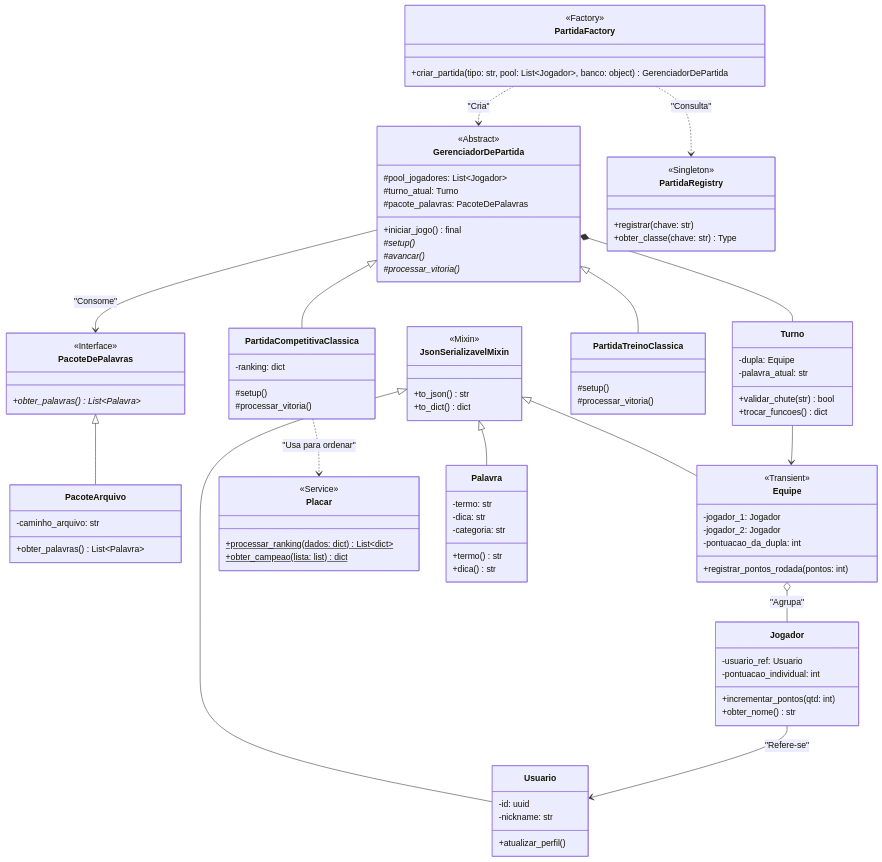
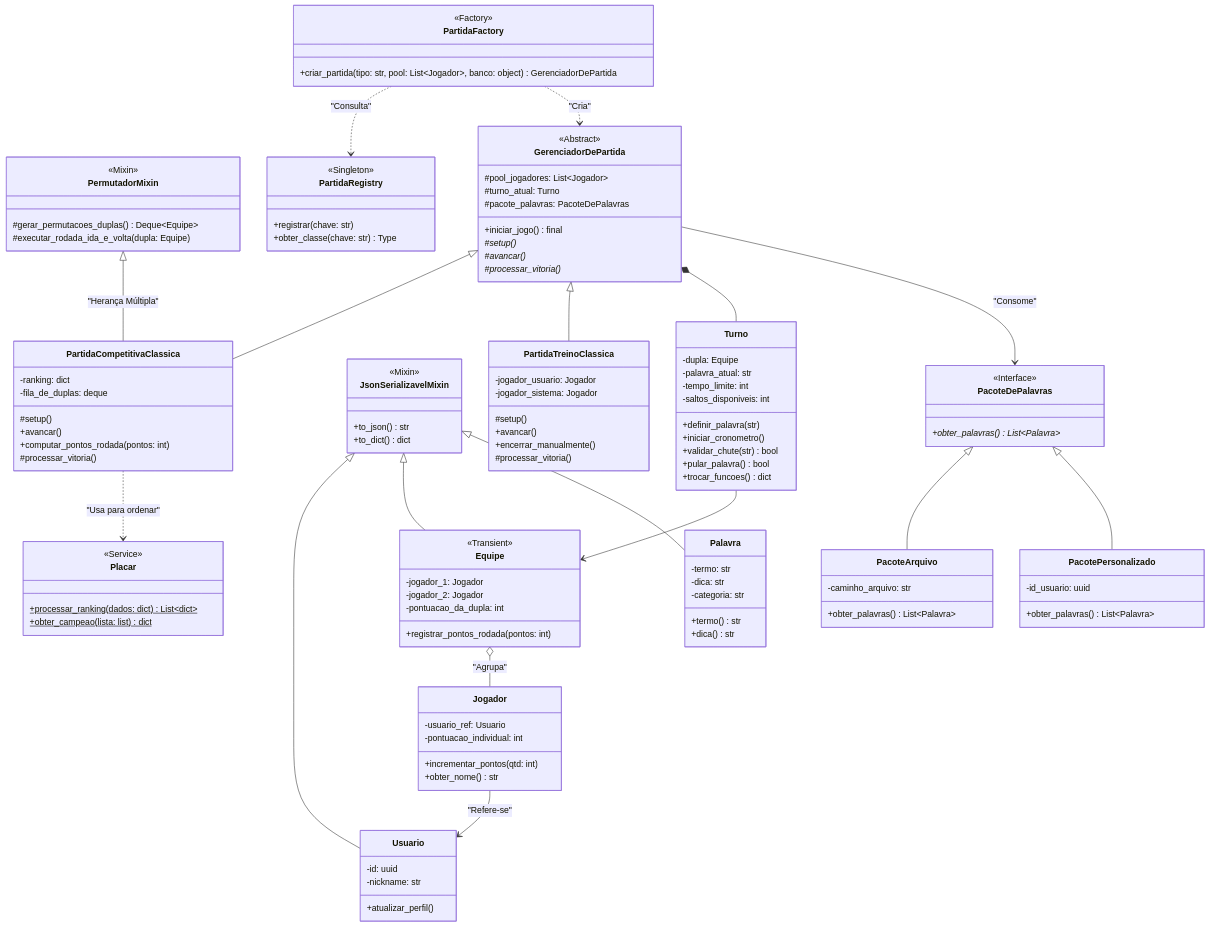
Before and after one commit to SebastiaoSoares/Trocadu: the diagram in README.md, drawn with Mermaid. The commit also changed 16 other files, not shown here.

```diff
--- a/README.md
+++ b/README.md
@@ -24,13 +24,25 @@
         -caminho_arquivo: str
         +obter_palavras() List~Palavra~
     }
+
+    class PacotePersonalizado {
+        -id_usuario: uuid
+        +obter_palavras() List~Palavra~
+    }
     
     PacoteDePalavras <|-- PacoteArquivo
+    PacoteDePalavras <|-- PacotePersonalizado
 
     class JsonSerializavelMixin {
         <<Mixin>>
         +to_json() str
         +to_dict() dict
+    }
+
+    class PermutadorMixin {
+        <<Mixin>>
+        #gerar_permutacoes_duplas() Deque~Equipe~
+        #executar_rodada_ida_e_volta(dupla: Equipe)
     }
 
     class Usuario {
@@ -88,12 +100,19 @@
 
     class PartidaCompetitivaClassica {
         -ranking: dict
+        -fila_de_duplas: deque
         #setup()
+        +avancar()
+        +computar_pontos_rodada(pontos: int)
         #processar_vitoria()
     }
 
     class PartidaTreinoClassica {
+        -jogador_usuario: Jogador
+        -jogador_sistema: Jogador
         #setup()
+        +avancar()
+        +encerrar_manualmente()
         #processar_vitoria()
     }
     
@@ -106,6 +125,8 @@
     GerenciadorDePartida <|-- PartidaCompetitivaClassica
     GerenciadorDePartida <|-- PartidaTreinoClassica
     
+    PermutadorMixin <|-- PartidaCompetitivaClassica : "Herança Múltipla"
+
     PartidaCompetitivaClassica ..> Placar : "Usa para ordenar"
     GerenciadorDePartida *-- Turno
     GerenciadorDePartida --> PacoteDePalavras : "Consome"
@@ -113,7 +134,12 @@
     class Turno {
         -dupla: Equipe
         -palavra_atual: str
+        -tempo_limite: int
+        -saltos_disponiveis: int
+        +definir_palavra(str)
+        +iniciar_cronometro()
         +validar_chute(str) bool
+        +pular_palavra() bool
         +trocar_funcoes() dict
     }
 
```
